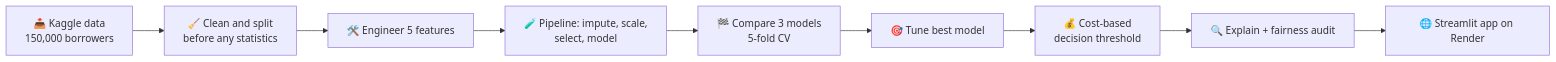
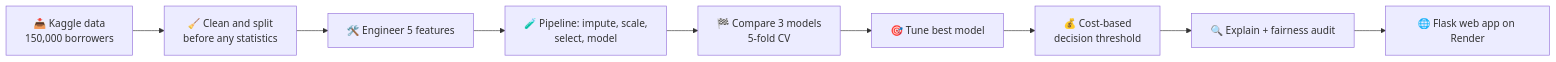
Before and after one commit to KK-Dev0/Predictive-Decision-Support-AI: the diagram in README.md, drawn with Mermaid. The commit also changed other lines of this file, not shown here.

````diff
--- a/README.md
+++ b/README.md
@@ -65,11 +65,11 @@
 ```mermaid
 flowchart LR
     A["📥 Kaggle data<br/>150,000 borrowers"] --> B["🧹 Clean and split<br/>before any statistics"]
     B --> C["🛠️ Engineer 5 features"]
     C --> D["🧪 Pipeline: impute, scale,<br/>select, model"]
     D --> E["🏁 Compare 3 models<br/>5-fold CV"]
     E --> F["🎯 Tune best model"]
     F --> G["💰 Cost-based<br/>decision threshold"]
     G --> H["🔍 Explain + fairness audit"]
-    H --> I["🌐 Streamlit app on Render"]
+    H --> I["🌐 Flask web app on Render"]
 ```
````
